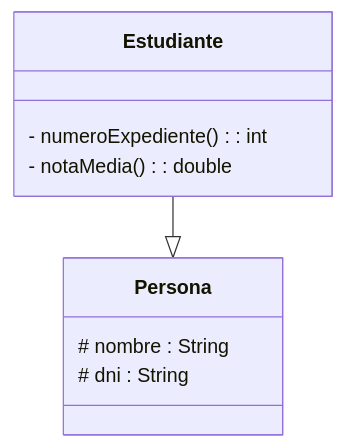
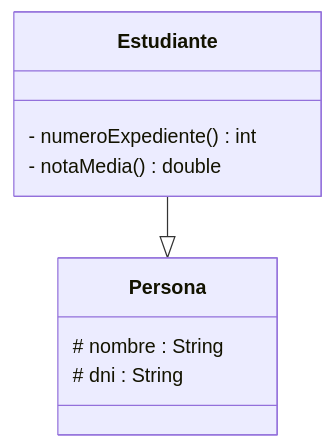
Before and after one commit to LastraMigue/6.2.Bateria-de-ejercicios: the second of 2 diagrams in README.md, drawn with Mermaid. The commit also changed other lines of this file, not shown here.

Commit message:
Fix method in README.md

````diff
--- a/README.md
+++ b/README.md
@@ -19,16 +19,16 @@
 ```mermaid
 classDiagram
 direction TB
 
 class Persona {
     # nombre : String
     # dni : String
 }
 
 class Estudiante {
-    - numeroExpediente() : int
-    - notaMedia() : double
+    - numeroExpediente() int
+    - notaMedia() double
 }
 
 Estudiante --|> Persona
 ```
````
